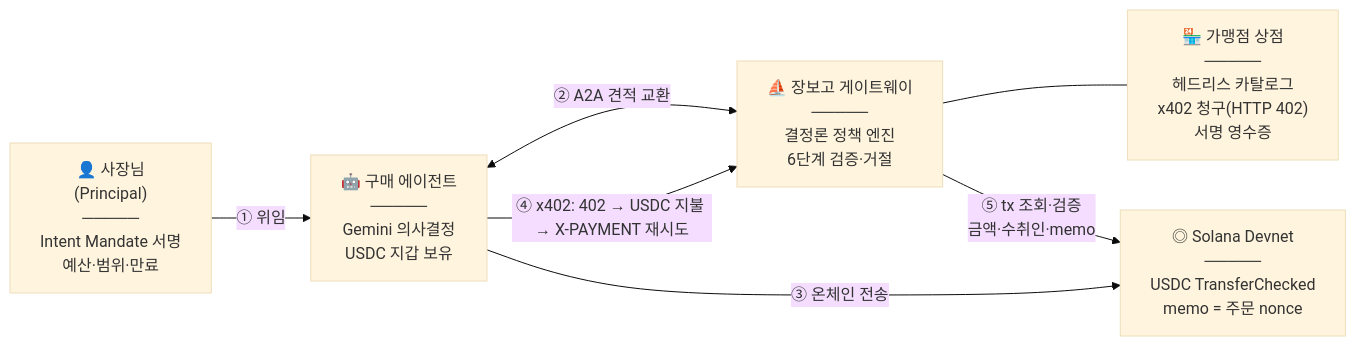
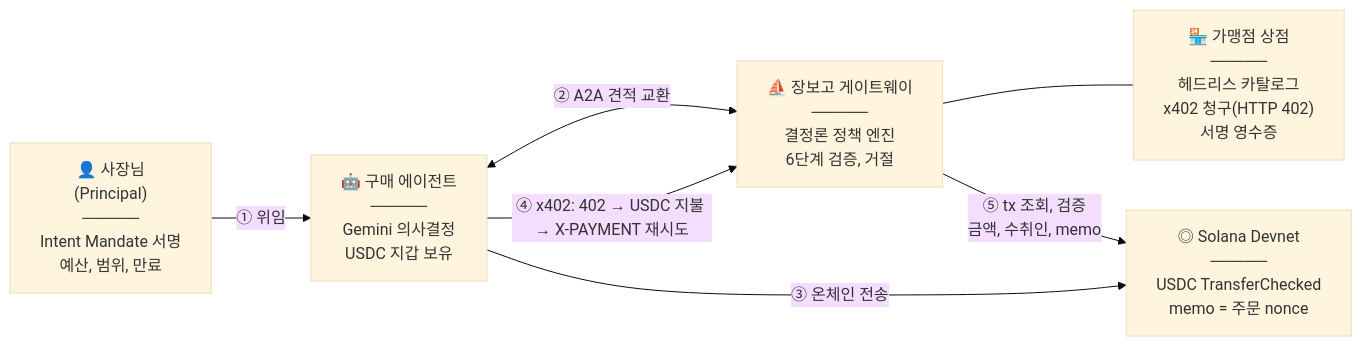
The first of 3 diagrams in README.md (jang961111-hash/jangbogo), drawn with Mermaid (base theme) before and after one commit. The commit also changed other lines of this file, not shown here.

````diff
--- a/README.md
+++ b/README.md
@@ -63,9 +82,9 @@
 ```mermaid
 flowchart LR
-    P["👤 사장님<br/>(Principal)<br/>─────<br/>Intent Mandate 서명<br/>예산·범위·만료"] -->|① 위임| A["🤖 구매 에이전트<br/>─────<br/>Gemini 의사결정<br/>USDC 지갑 보유"]
-    A <-->|② A2A 견적 교환| G["⛵ 장보고 게이트웨이<br/>─────<br/>결정론 정책 엔진<br/>6단계 검증·거절"]
+    P["👤 사장님<br/>(Principal)<br/>─────<br/>Intent Mandate 서명<br/>예산, 범위, 만료"] -->|① 위임| A["🤖 구매 에이전트<br/>─────<br/>Gemini 의사결정<br/>USDC 지갑 보유"]
+    A <-->|② A2A 견적 교환| G["⛵ 장보고 게이트웨이<br/>─────<br/>결정론 정책 엔진<br/>6단계 검증, 거절"]
     G --- M["🏪 가맹점 상점<br/>─────<br/>헤드리스 카탈로그<br/>x402 청구(HTTP 402)<br/>서명 영수증"]
     A -->|"④ x402: 402 → USDC 지불 → X-PAYMENT 재시도"| G
-    G -->|"⑤ tx 조회·검증<br/>금액·수취인·memo"| S["◎ Solana Devnet<br/>─────<br/>USDC TransferChecked<br/>memo = 주문 nonce"]
+    G -->|"⑤ tx 조회, 검증<br/>금액, 수취인, memo"| S["◎ Solana Devnet<br/>─────<br/>USDC TransferChecked<br/>memo = 주문 nonce"]
     A -->|"③ 온체인 전송"| S
 ```
````
